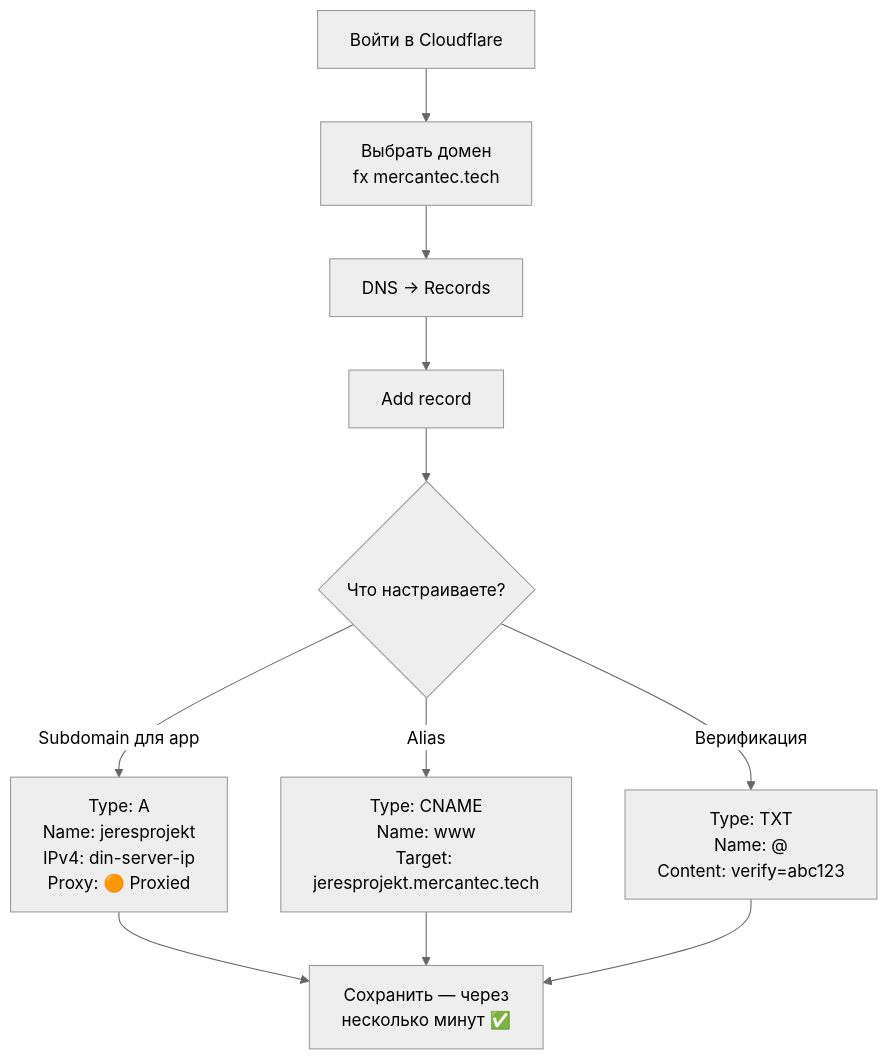
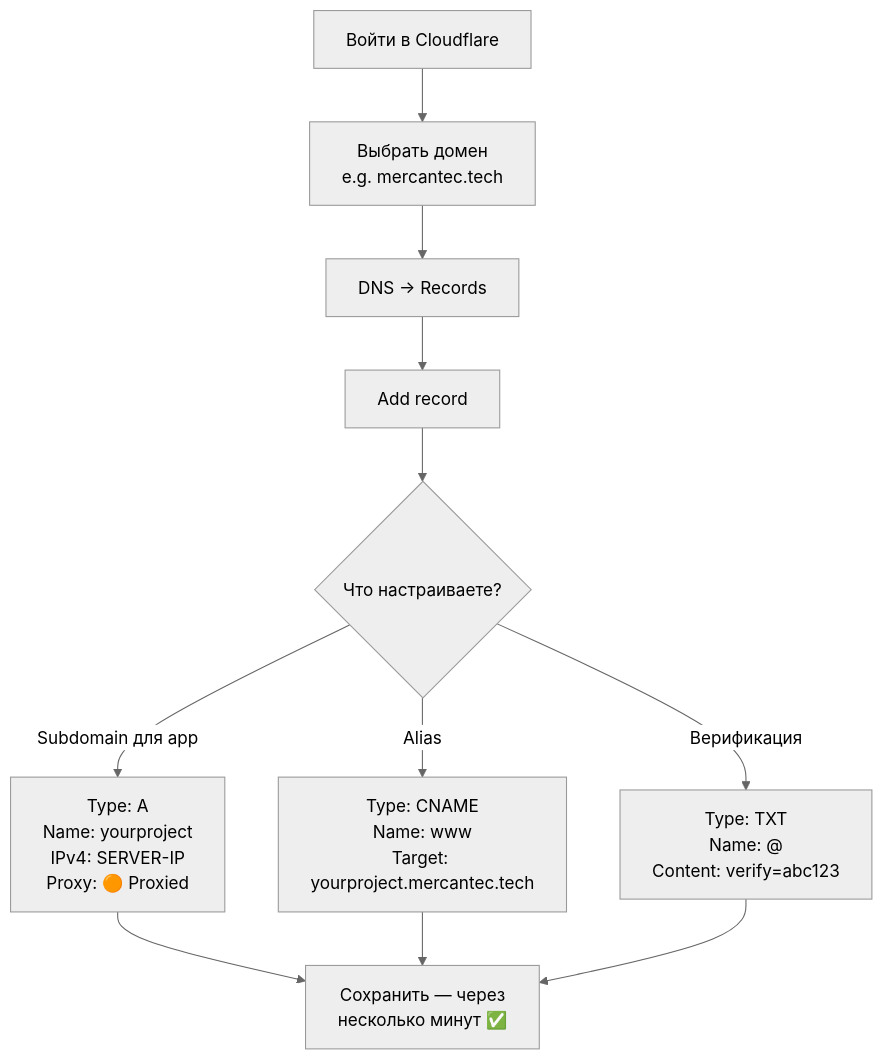
One commit to Mercantec-GHC/deploy-or-die-anbo0005 changed the tenth of 17 diagrams in docs/notes/day2-dns-firewall.md. Above: the diagram before and after it, drawn with Mermaid (neutral theme). The commit also changed other lines of this file and 8 other files, not shown here.

````diff
--- a/docs/notes/day2-dns-firewall.md
+++ b/docs/notes/day2-dns-firewall.md
@@ -356,13 +356,13 @@
 ```mermaid
 graph TD
-    A["Войти в Cloudflare"] --> B["Выбрать домен<br>fx mercantec.tech"]
+    A["Войти в Cloudflare"] --> B["Выбрать домен<br>e.g. mercantec.tech"]
     B --> C["DNS → Records"]
     C --> D["Add record"]
     D --> E{"Что настраиваете?"}
-    E -->|Subdomain для app| F["Type: A<br>Name: jeresprojekt<br>IPv4: din-server-ip<br>Proxy: 🟠 Proxied"]
-    E -->|Alias| G["Type: CNAME<br>Name: www<br>Target: jeresprojekt.mercantec.tech"]
+    E -->|Subdomain для app| F["Type: A<br>Name: yourproject<br>IPv4: SERVER-IP<br>Proxy: 🟠 Proxied"]
+    E -->|Alias| G["Type: CNAME<br>Name: www<br>Target: yourproject.mercantec.tech"]
     E -->|Верификация| H["Type: TXT<br>Name: @<br>Content: verify=abc123"]
     F --> I["Сохранить — через<br>несколько минут ✅"]
     G --> I
     H --> I
 ```
````
